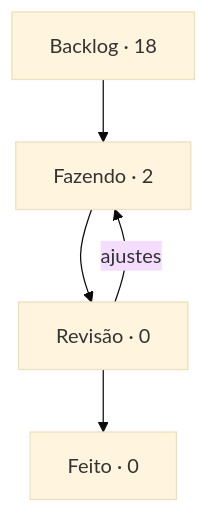
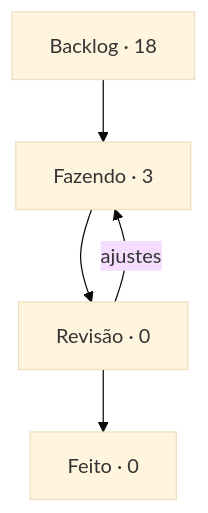
The diagram in boards/dungeon-bend/BOARD.md (StudioVibi/VibiKanban), drawn with Mermaid (base theme) before and after one commit. The commit also changed other lines of this file and 2 other files, not shown here.

````diff
--- a/boards/dungeon-bend/BOARD.md
+++ b/boards/dungeon-bend/BOARD.md
@@ -5,10 +5,10 @@
 ```mermaid
 flowchart TD
-  backlog["Backlog · 18"] --> doing["Fazendo · 2"]
+  backlog["Backlog · 18"] --> doing["Fazendo · 3"]
   doing --> review["Revisão · 0"]
   review --> done["Feito · 0"]
   review -->|ajustes| doing
   doing:::blue
   review:::yellow
   done:::green
 ```
````
